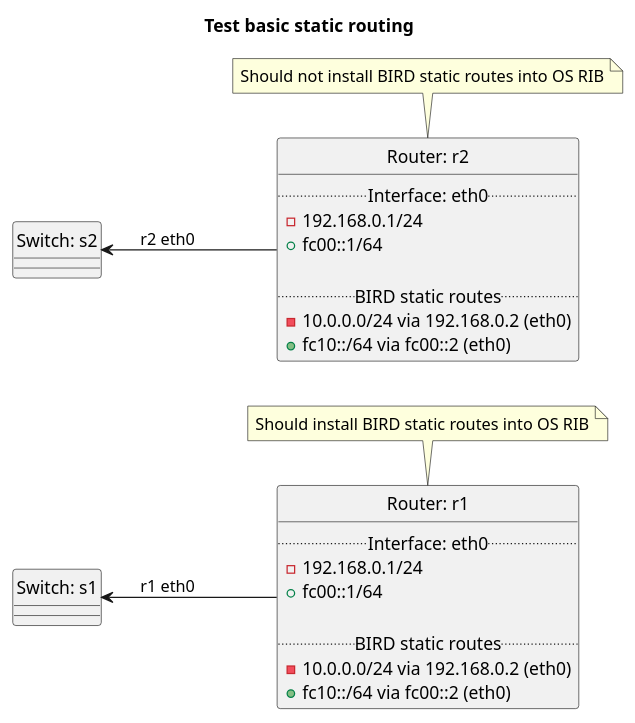
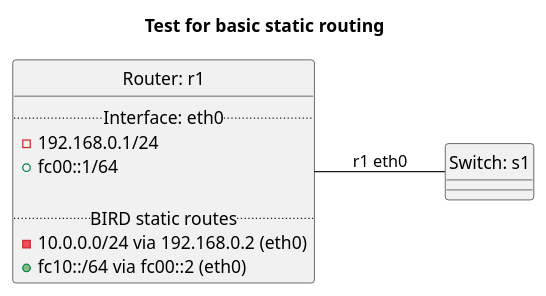
One commit to oscdev-io/birdplan changed the diagram in tests/10-basic/static/README.md. Above: the diagram before and after it, drawn with PlantUML. The commit also changed other lines of this file and 6 other files, not shown here.

Commit message:
tests: Migrated 10-basic/static test to new framework

````diff
--- a/tests/10-basic/static/README.md
+++ b/tests/10-basic/static/README.md
@@ -6,40 +10,23 @@
 ```plantuml
 @startuml
 hide circle
-title Test basic static routing
+title Test for basic static routing
 left to right direction
 
 class "Router: r1" {
   .. Interface: eth0 ..
 - 192.168.0.1/24
 + fc00::1/64
 
   .. BIRD static routes ..
 - 10.0.0.0/24 via 192.168.0.2 (eth0)
 + fc10::/64 via fc00::2 (eth0)
 }
-note top: Should install BIRD static routes into OS RIB
-
-
-class "Router: r2" {
-  .. Interface: eth0 ..
-- 192.168.0.1/24
-+ fc00::1/64
-
-  .. BIRD static routes ..
-- 10.0.0.0/24 via 192.168.0.2 (eth0)
-+ fc10::/64 via fc00::2 (eth0)
-}
-note top: Should not install BIRD static routes into OS RIB
-
 
 class "Switch: s1" {}
-class "Switch: s2" {}
 
-
-"Switch: s2" <-down- "Router: r2": r2 eth0
-"Switch: s1" <-down- "Router: r1": r1 eth0
+"Router: r1" -- "Switch: s1": r1 eth0
 
 
 @enduml
 ```
````
